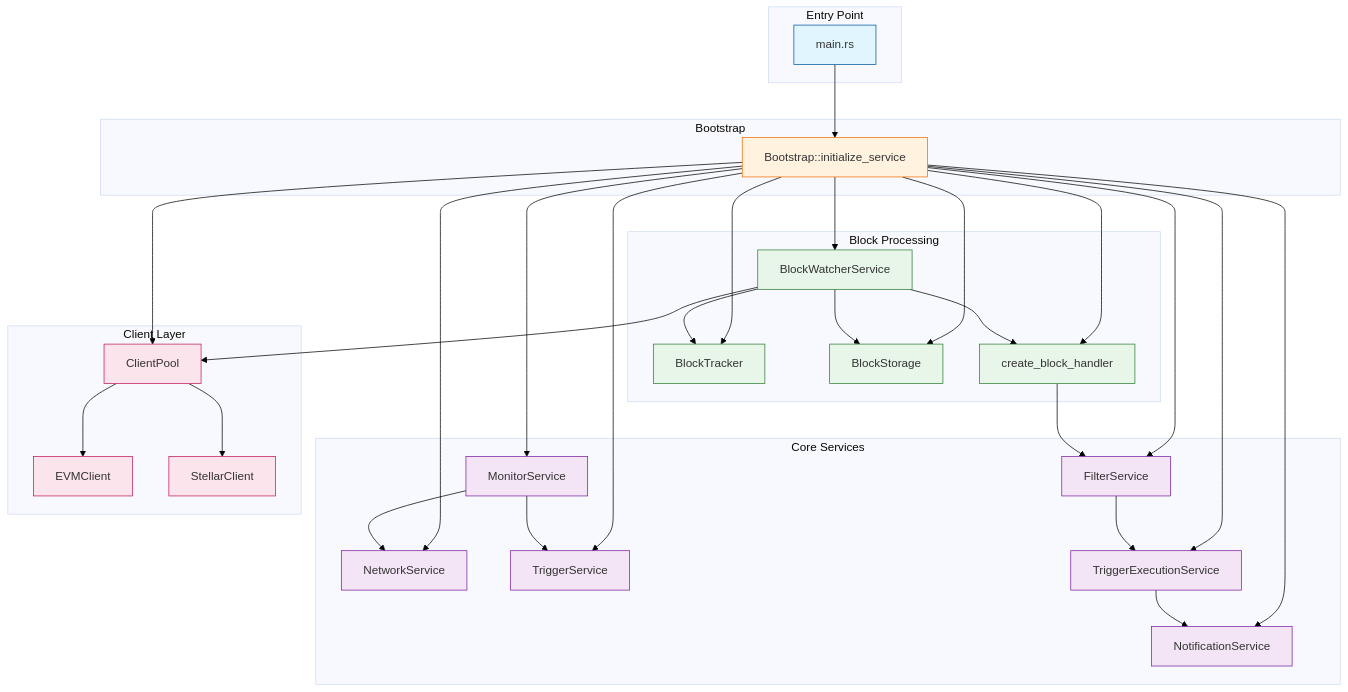
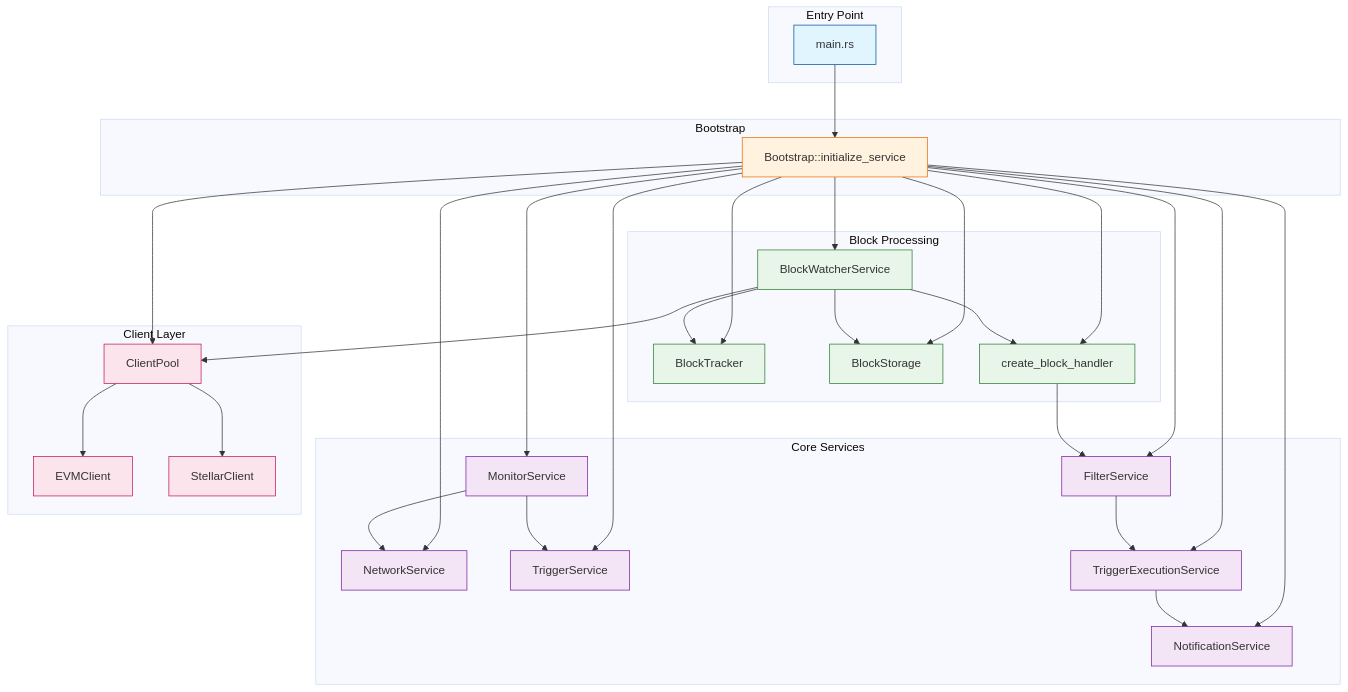
One commit to OpenZeppelin/openzeppelin-monitor changed the diagram in README.md. Above: the diagram before and after it, drawn with Mermaid.

Commit message:
chore: Fixing mermaid diagram styles

```diff
--- a/README.md
+++ b/README.md
@@ -59,7 +59,10 @@
     'themeVariables': {
     'background': '#ffffff',
     'mainBkg': '#ffffff',
-    'primaryBorderColor': '#cccccc'
+    'primaryBorderColor': '#cccccc',
+    'lineColor': '#333333',
+    'arrowheadColor': '#333333',
+    'edgeLabelBackground': '#ffffff'
   }
 }}%%
 graph TD
```
